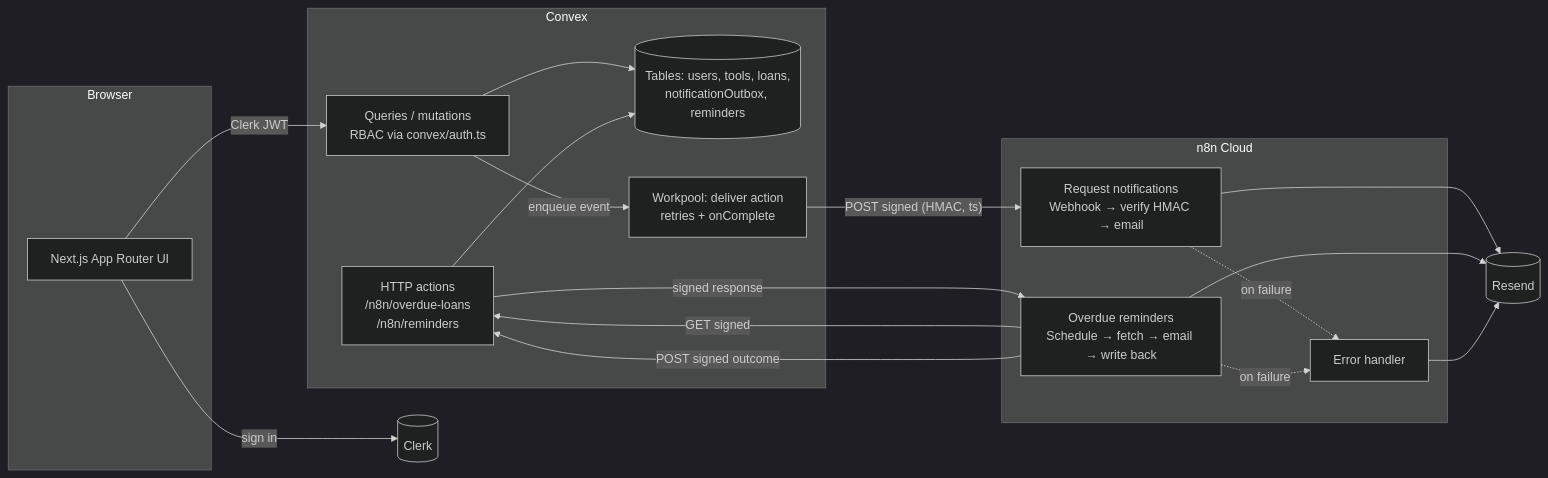
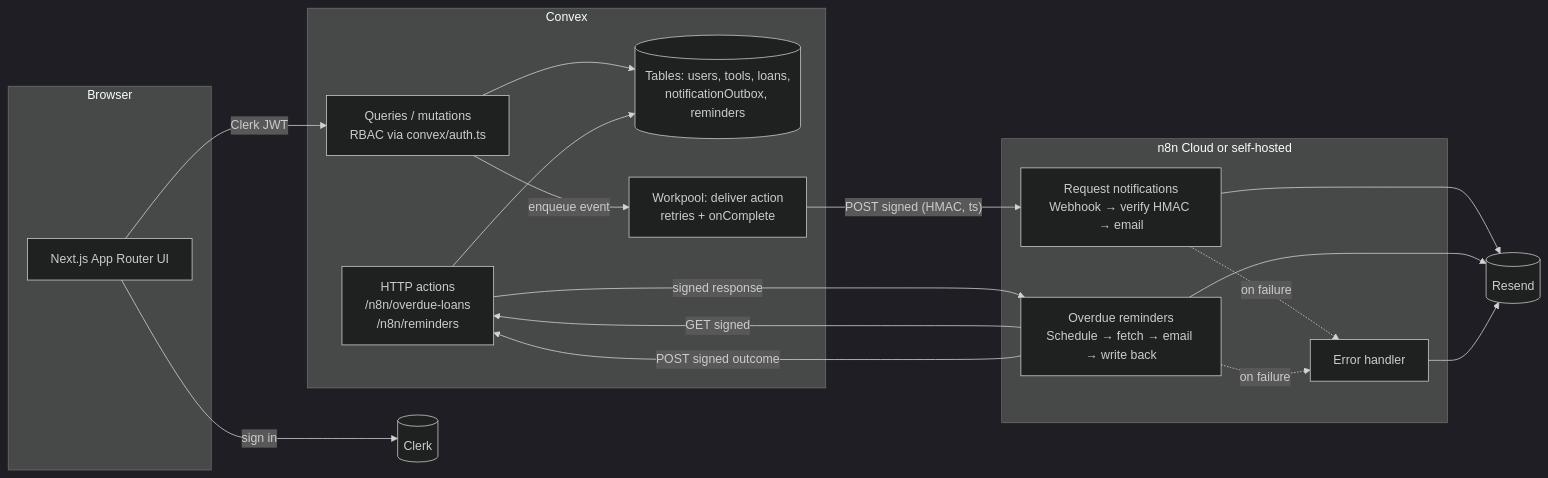
Before and after one commit to anopaishemeki/lendloop: the diagram in README.md, drawn with Mermaid (dark theme). The commit also changed other lines of this file and 17 other files, not shown here.

````diff
--- a/README.md
+++ b/README.md
@@ -52,34 +52,34 @@
 ```mermaid
 flowchart LR
   subgraph Browser
     UI[Next.js App Router UI]
   end
   Clerk[(Clerk)]
   subgraph Convex
     Q[Queries / mutations<br/>RBAC via convex/auth.ts]
     DB[(Tables: users, tools, loans,<br/>notificationOutbox, reminders)]
     WP[Workpool: deliver action<br/>retries + onComplete]
     HTTP[HTTP actions<br/>/n8n/overdue-loans<br/>/n8n/reminders]
   end
-  subgraph n8n Cloud
+  subgraph n8n [n8n Cloud or self-hosted]
     W1[Request notifications<br/>Webhook → verify HMAC → email]
     W2[Overdue reminders<br/>Schedule → fetch → email → write back]
     WE[Error handler]
   end
   Resend[(Resend)]
 
   UI -- sign in --> Clerk
   UI -- Clerk JWT --> Q
   Q --> DB
   Q -- enqueue event --> WP
   WP -- "POST signed (HMAC, ts)" --> W1
   W1 --> Resend
   W2 -- "GET signed" --> HTTP
   HTTP -- "signed response" --> W2
   W2 --> Resend
   W2 -- "POST signed outcome" --> HTTP
   HTTP --> DB
   W1 -. on failure .-> WE
   W2 -. on failure .-> WE
   WE --> Resend
 ```
````
